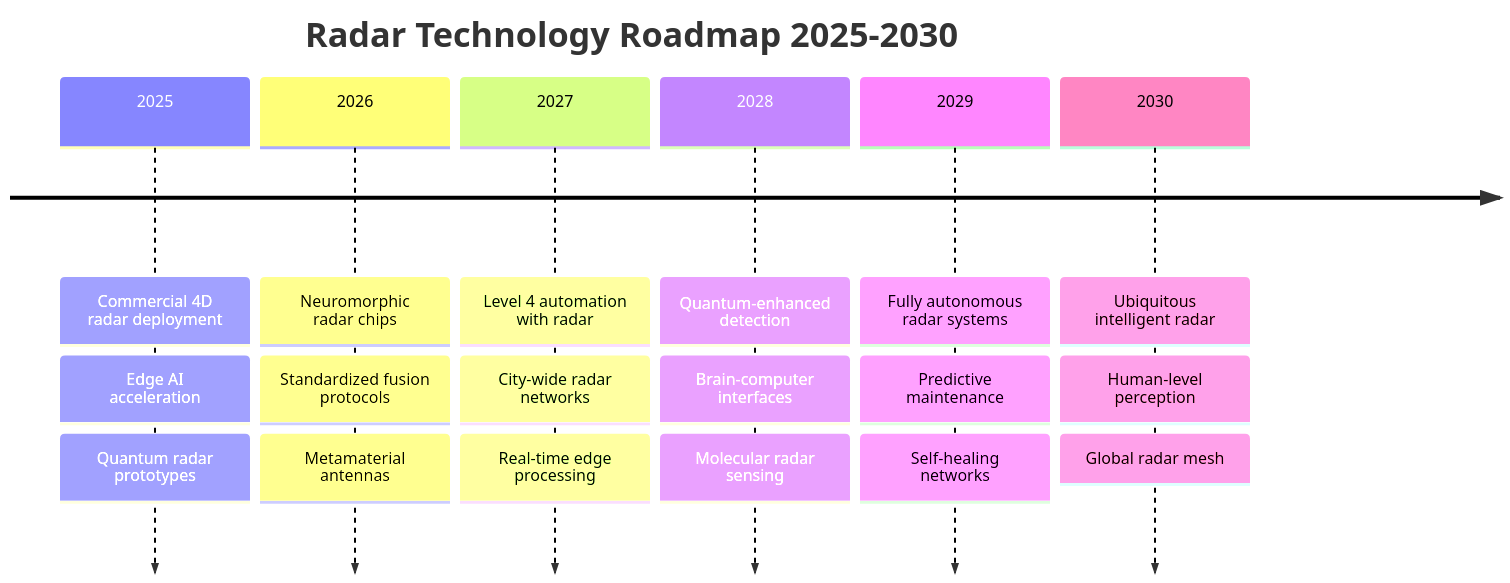
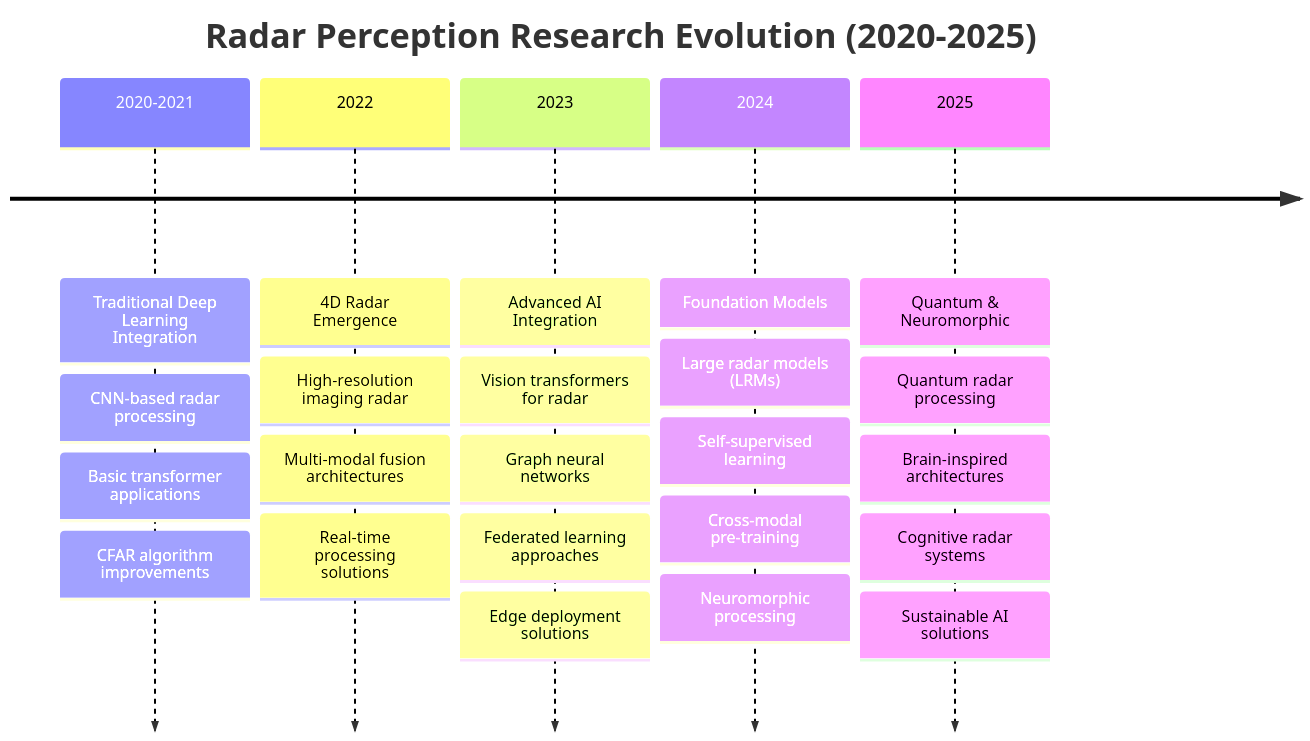
Before and after one commit to sachin-deshik-10/RADAR_LIBRARY: the first of 28 diagrams in docs/literature_review.md, drawn with Mermaid. The commit also changed other lines of this file and 8 other files, not shown here.

First line of the commit message:
Add comprehensive architecture diagrams and visualizations for Radar Perception Library

````diff
--- a/docs/literature_review.md
+++ b/docs/literature_review.md
@@ -681,28 +9,32 @@
 ```mermaid
 timeline
-    title Radar Technology Roadmap 2025-2030
+    title Radar Perception Research Evolution (2020-2025)
     
-    2025 : Commercial 4D radar deployment
-         : Edge AI acceleration
-         : Quantum radar prototypes
+    2020-2021 : Traditional Deep Learning Integration
+              : CNN-based radar processing
+              : Basic transformer applications
+              : CFAR algorithm improvements
     
-    2026 : Neuromorphic radar chips
-         : Standardized fusion protocols
-         : Metamaterial antennas
+    2022      : 4D Radar Emergence
+              : High-resolution imaging radar
+              : Multi-modal fusion architectures
+              : Real-time processing solutions
     
-    2027 : Level 4 automation with radar
-         : City-wide radar networks
-         : Real-time edge processing
+    2023      : Advanced AI Integration
+              : Vision transformers for radar
+              : Graph neural networks
+              : Federated learning approaches
+              : Edge deployment solutions
     
-    2028 : Quantum-enhanced detection
-         : Brain-computer interfaces
-         : Molecular radar sensing
+    2024      : Foundation Models
+              : Large radar models (LRMs)
+              : Self-supervised learning
+              : Cross-modal pre-training
+              : Neuromorphic processing
     
-    2029 : Fully autonomous radar systems
-         : Predictive maintenance
-         : Self-healing networks
-    
-    2030 : Ubiquitous intelligent radar
-         : Human-level perception
-         : Global radar mesh
+    2025      : Quantum & Neuromorphic
+              : Quantum radar processing
+              : Brain-inspired architectures
+              : Cognitive radar systems
+              : Sustainable AI solutions
 ```
````
